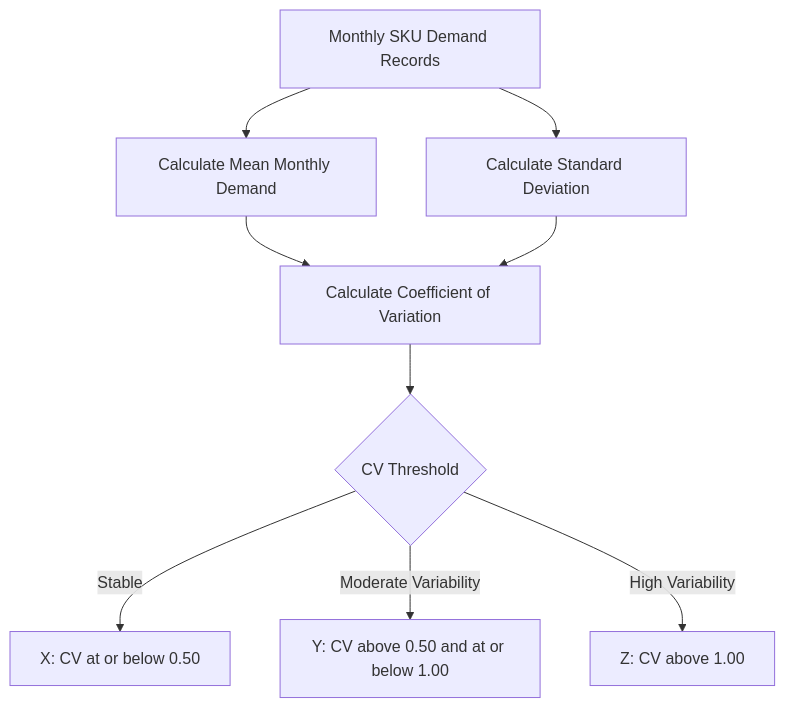
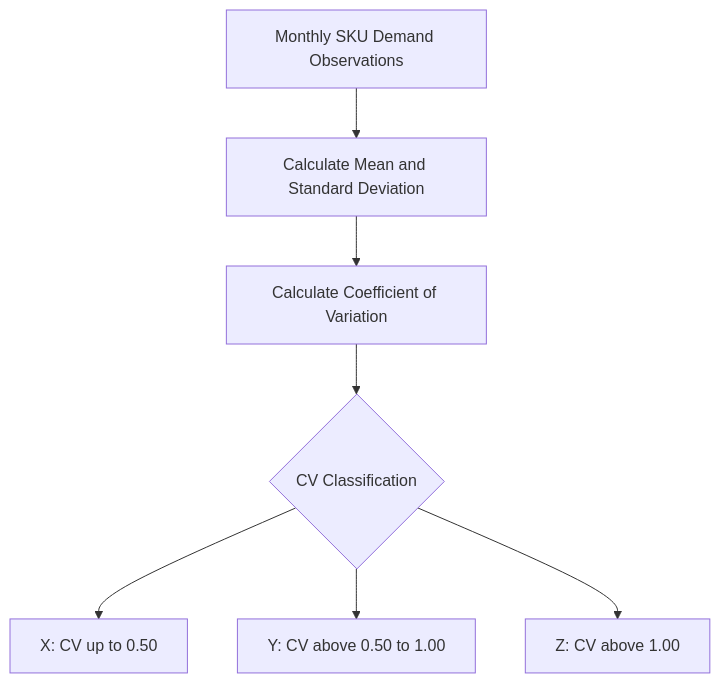
The third of 6 diagrams in README.md (AshutoshTembhekar/supply-chain-inventory-optimization), drawn with Mermaid before and after one commit. The commit also changed other lines of this file, not shown here.

````diff
--- a/README.md
+++ b/README.md
@@ -196,20 +214,15 @@
 ```mermaid
 flowchart TD
-    A["Monthly SKU Demand Records"]
-    B["Calculate Mean Monthly Demand"]
-    C["Calculate Standard Deviation"]
-    D["Calculate Coefficient of Variation"]
-    E{"CV Threshold"}
-    F["X: CV at or below 0.50"]
-    G["Y: CV above 0.50 and at or below 1.00"]
-    H["Z: CV above 1.00"]
+    A["Monthly SKU Demand Observations"]
+    B["Calculate Mean and Standard Deviation"]
+    C["Calculate Coefficient of Variation"]
+    D{"CV Classification"}
+    E["X: CV up to 0.50"]
+    F["Y: CV above 0.50 to 1.00"]
+    G["Z: CV above 1.00"]
 
-    A --> B
-    A --> C
-    B --> D
-    C --> D
+    A --> B --> C --> D
     D --> E
-    E -->|Stable| F
-    E -->|Moderate Variability| G
-    E -->|High Variability| H
+    D --> F
+    D --> G
 ```
````
